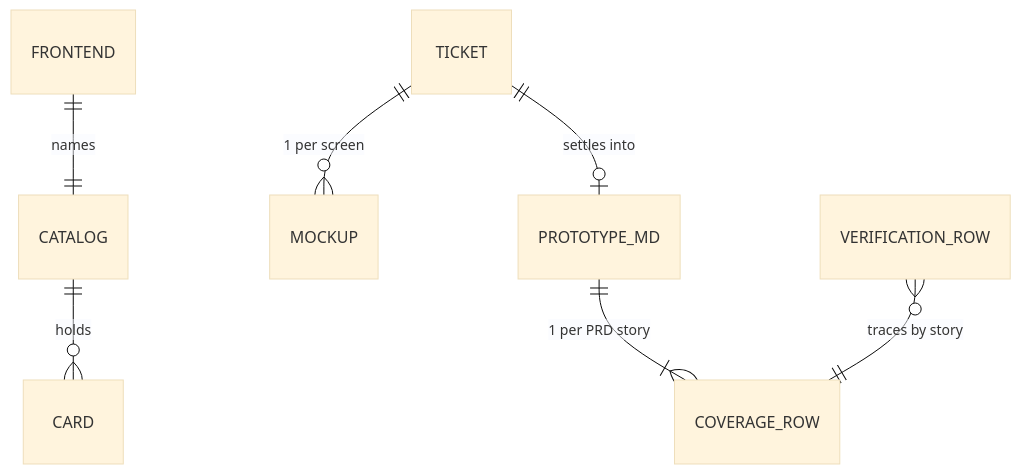
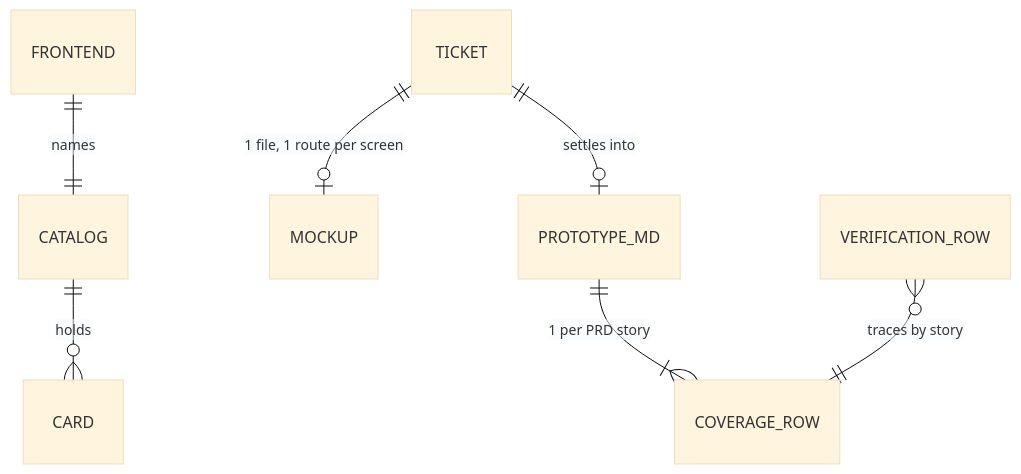
Before and after one commit to midnightblur/afk-driver: the second of 5 diagrams in docs/afk/207/SDD.md, drawn with Mermaid (base theme). The commit also changed other lines of this file and 2 other files, not shown here.

````diff
--- a/docs/afk/207/SDD.md
+++ b/docs/afk/207/SDD.md
@@ -137,9 +137,9 @@
 ```mermaid
 erDiagram
   FRONTEND ||--|| CATALOG : "names"
   CATALOG ||--o{ CARD : "holds"
-  TICKET ||--o{ MOCKUP : "1 per screen"
+  TICKET ||--o| MOCKUP : "1 file, 1 route per screen"
   TICKET ||--o| PROTOTYPE_MD : "settles into"
   PROTOTYPE_MD ||--|{ COVERAGE_ROW : "1 per PRD story"
   VERIFICATION_ROW }o--|| COVERAGE_ROW : "traces by story"
 ```
````
